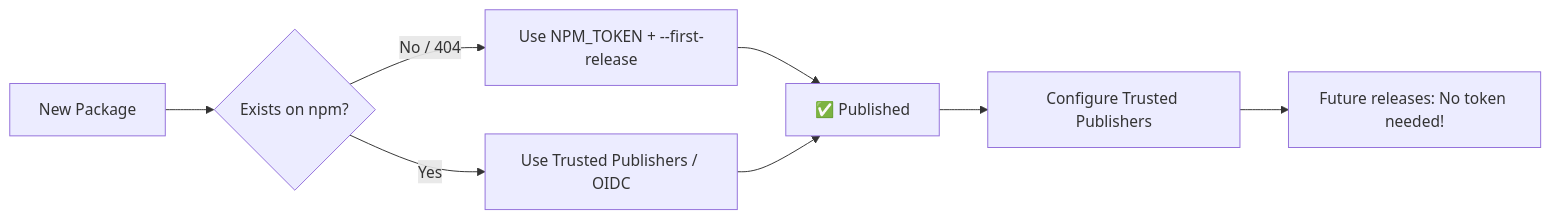
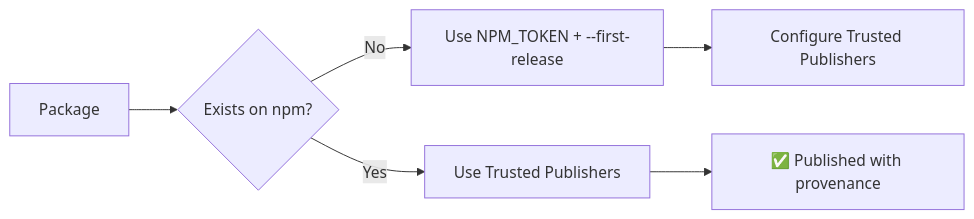
Before and after one commit to ofri-peretz/eslint: the fourth of 5 diagrams in .github/CICD_PIPELINE.md, drawn with Mermaid. The commit also changed other lines of this file and 3 other files, not shown here.

First line of the commit message:
fix(ci): remove nested .npmrc and add docs for Trusted Publishers

````diff
--- a/.github/CICD_PIPELINE.md
+++ b/.github/CICD_PIPELINE.md
@@ -1340,10 +293,8 @@
 ```mermaid
 flowchart LR
-    A[New Package] --> B{Exists on npm?}
-    B -->|No / 404| C[Use NPM_TOKEN + --first-release]
-    B -->|Yes| D[Use Trusted Publishers / OIDC]
-    C --> E[✅ Published]
-    D --> E
-    E --> F[Configure Trusted Publishers]
-    F --> G[Future releases: No token needed!]
+    A[Package] --> B{Exists on npm?}
+    B -->|No| C[Use NPM_TOKEN + --first-release]
+    B -->|Yes| D[Use Trusted Publishers]
+    C --> E[Configure Trusted Publishers]
+    D --> F[✅ Published with provenance]
 ```
````
